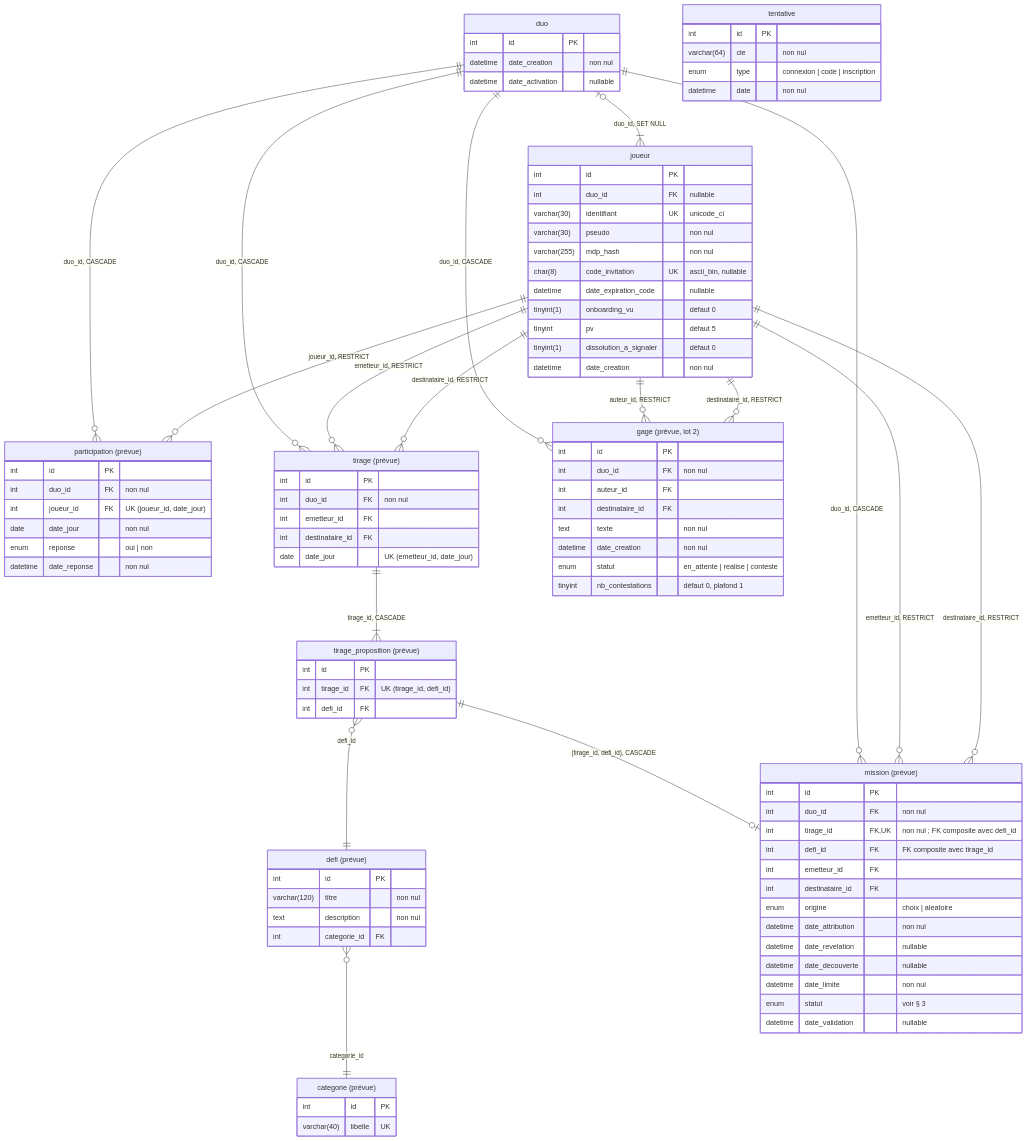
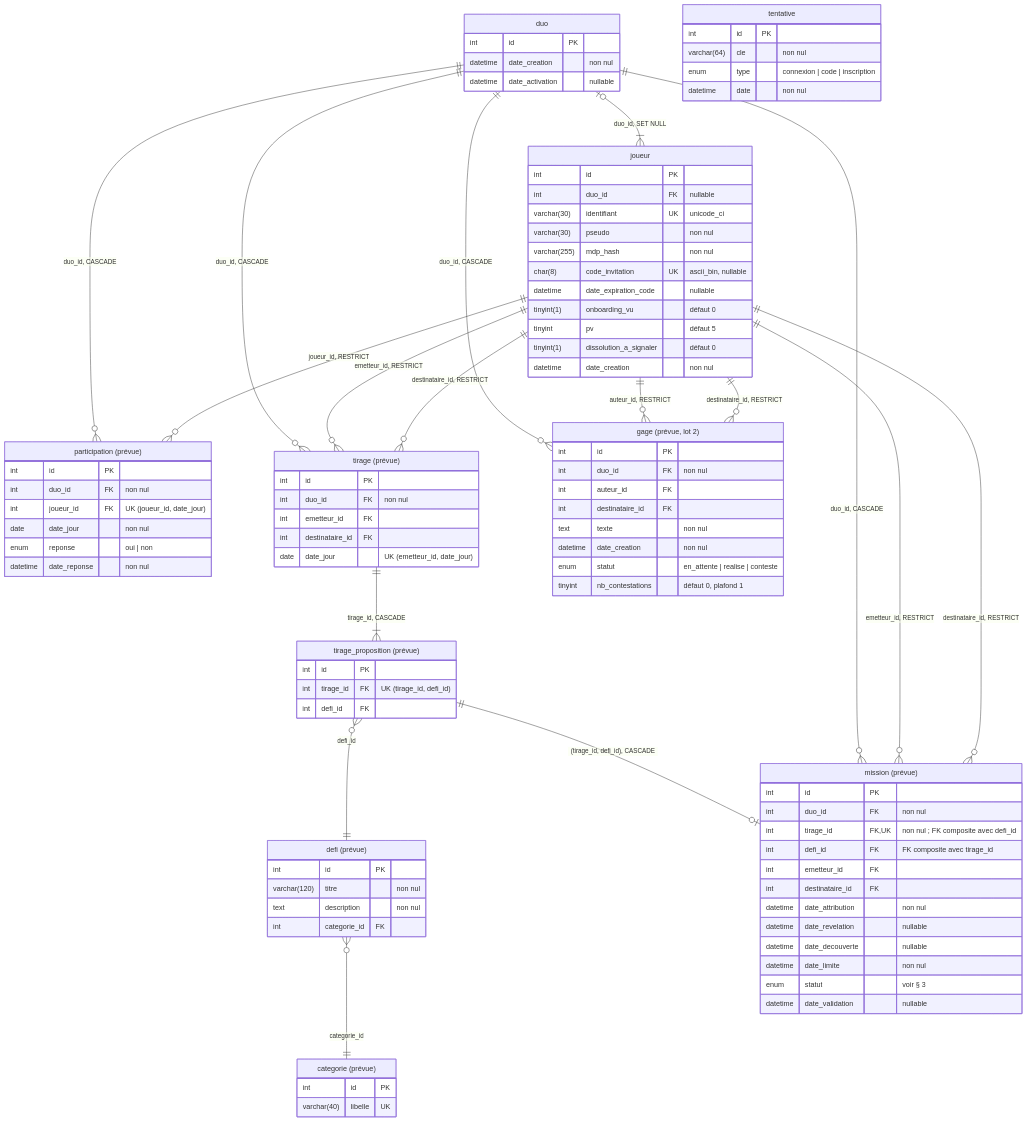
The second of 2 diagrams in 04-technique/modele-donnees.md (matteo-lorenzi/Quest-Love), drawn with Mermaid before and after one commit. The commit also changed other lines of this file and 3 other files, not shown here.

```diff
--- a/04-technique/modele-donnees.md
+++ b/04-technique/modele-donnees.md
@@ -162,7 +163,6 @@
         int defi_id FK "FK composite avec tirage_id"
         int emetteur_id FK
         int destinataire_id FK
-        enum origine "choix | aleatoire"
         datetime date_attribution "non nul"
         datetime date_revelation "nullable"
         datetime date_decouverte "nullable"
```
